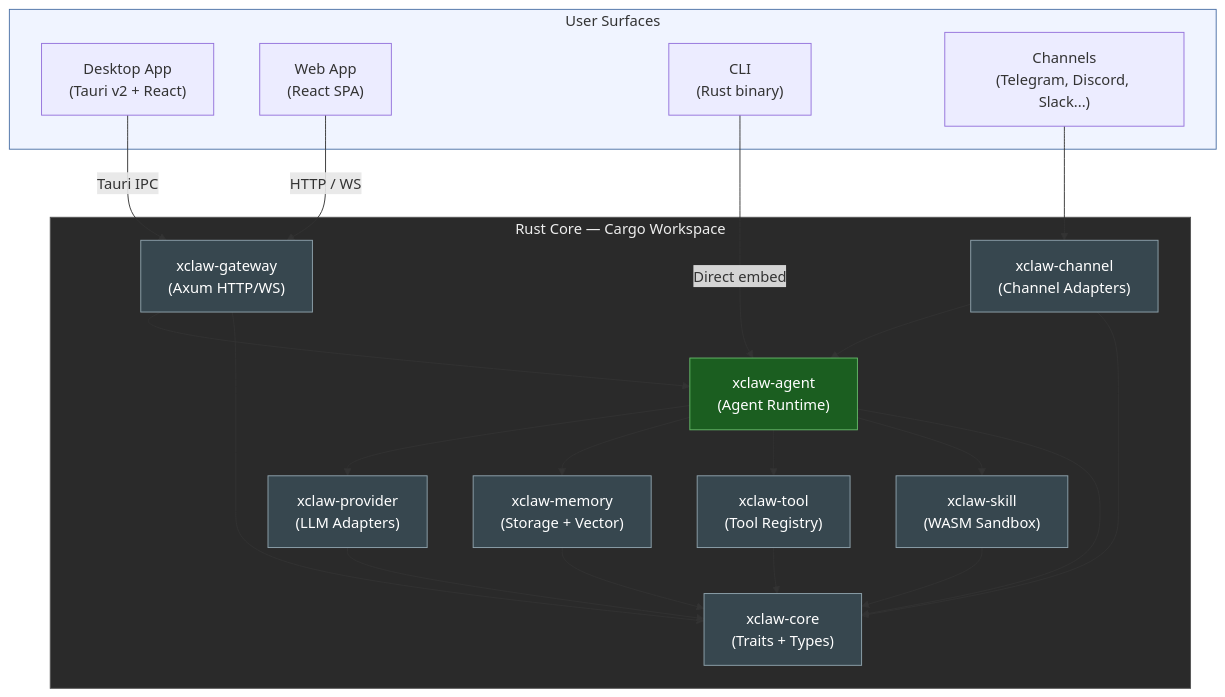
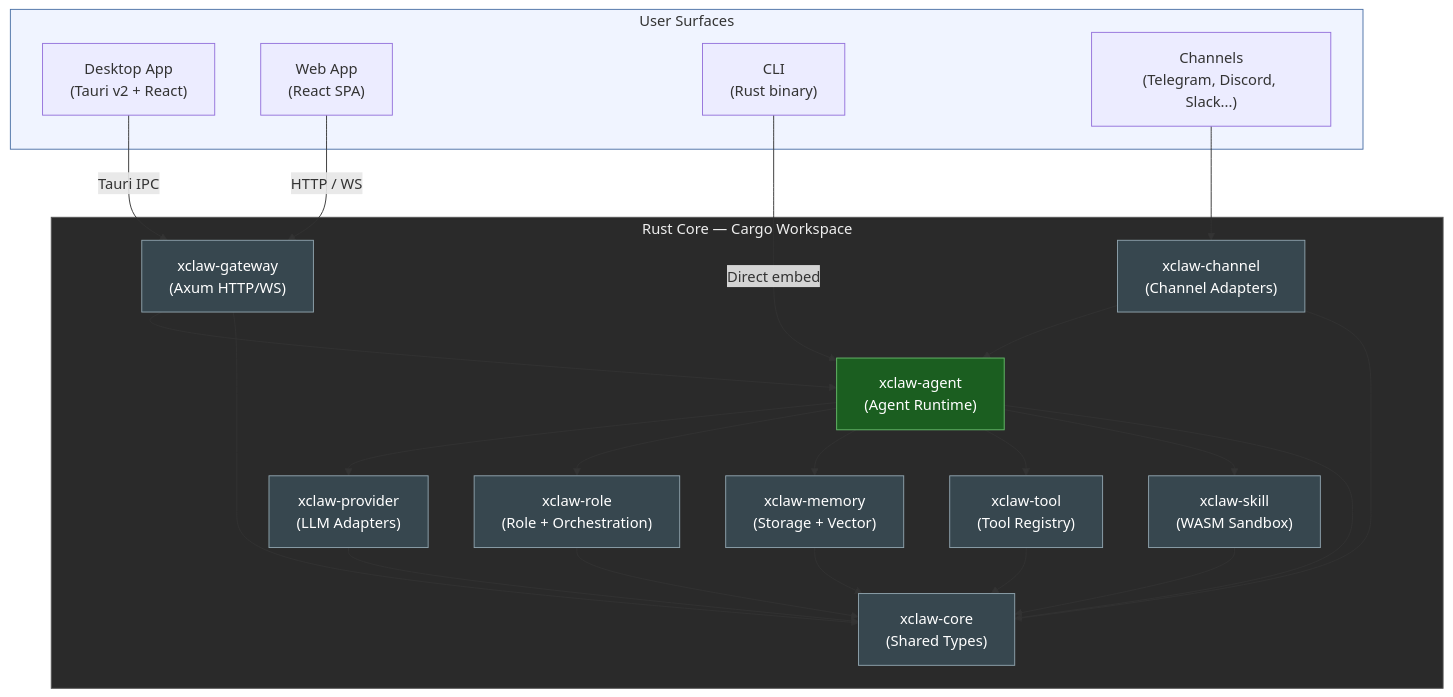
Before and after one commit to zhou533/xClaw: the first of 7 diagrams in docs/architecture/ARCHITECTURE.md, drawn with Mermaid. The commit also changed other lines of this file and 2 other files, not shown here.

First line of the commit message:
docs: add Role-based memory system architecture with xclaw-role crate and AIOS compatibility

````diff
--- a/docs/architecture/ARCHITECTURE.md
+++ b/docs/architecture/ARCHITECTURE.md
@@ -30,63 +38,67 @@
 ```mermaid
 graph TB
   %% ── User Surfaces ──
   subgraph Surfaces["User Surfaces"]
     desktop["Desktop App<br/>(Tauri v2 + React)"]
     webapp["Web App<br/>(React SPA)"]
     cli["CLI<br/>(Rust binary)"]
     channels["Channels<br/>(Telegram, Discord, Slack...)"]
   end
 
   %% ── Rust Core ──
   subgraph Workspace["Rust Core — Cargo Workspace"]
 
     gateway["xclaw-gateway<br/>(Axum HTTP/WS)"]
     channel["xclaw-channel<br/>(Channel Adapters)"]
 
     agent["xclaw-agent<br/>(Agent Runtime)"]
 
     provider["xclaw-provider<br/>(LLM Adapters)"]
+    role["xclaw-role<br/>(Role + Orchestration)"]
     memory["xclaw-memory<br/>(Storage + Vector)"]
     tool["xclaw-tool<br/>(Tool Registry)"]
     skill["xclaw-skill<br/>(WASM Sandbox)"]
 
-    core["xclaw-core<br/>(Traits + Types)"]
+    core["xclaw-core<br/>(Shared Types)"]
   end
 
   %% ── User Surfaces → 入口 ──
   desktop -- "Tauri IPC" --> gateway
   webapp -- "HTTP / WS" --> gateway
   cli -- "Direct embed" --> agent
   channels --> channel
 
   %% ── 入口 → Agent ──
   gateway --> agent
   channel --> agent
 
   %% ── Agent → 功能模块 ──
   agent --> provider
+  agent --> role
   agent --> memory
   agent --> tool
   agent --> skill
 
   %% ── 所有 crate → core ──
   gateway --> core
   channel --> core
   agent --> core
   provider --> core
+  role --> core
   memory --> core
   tool --> core
   skill --> core
 
   %% ── 样式 ──
   style Surfaces fill:#f0f4ff,stroke:#4a6fa5,color:#333
   style Workspace fill:#2a2a2a,stroke:#555,color:#eee
   style gateway fill:#37474f,stroke:#90a4ae,color:#fff
   style channel fill:#37474f,stroke:#90a4ae,color:#fff
   style agent fill:#1b5e20,stroke:#66bb6a,color:#fff
   style provider fill:#37474f,stroke:#90a4ae,color:#fff
   style memory fill:#37474f,stroke:#90a4ae,color:#fff
+  style role fill:#37474f,stroke:#90a4ae,color:#fff
   style tool fill:#37474f,stroke:#90a4ae,color:#fff
   style skill fill:#37474f,stroke:#90a4ae,color:#fff
   style core fill:#37474f,stroke:#90a4ae,color:#fff
 ```
````
